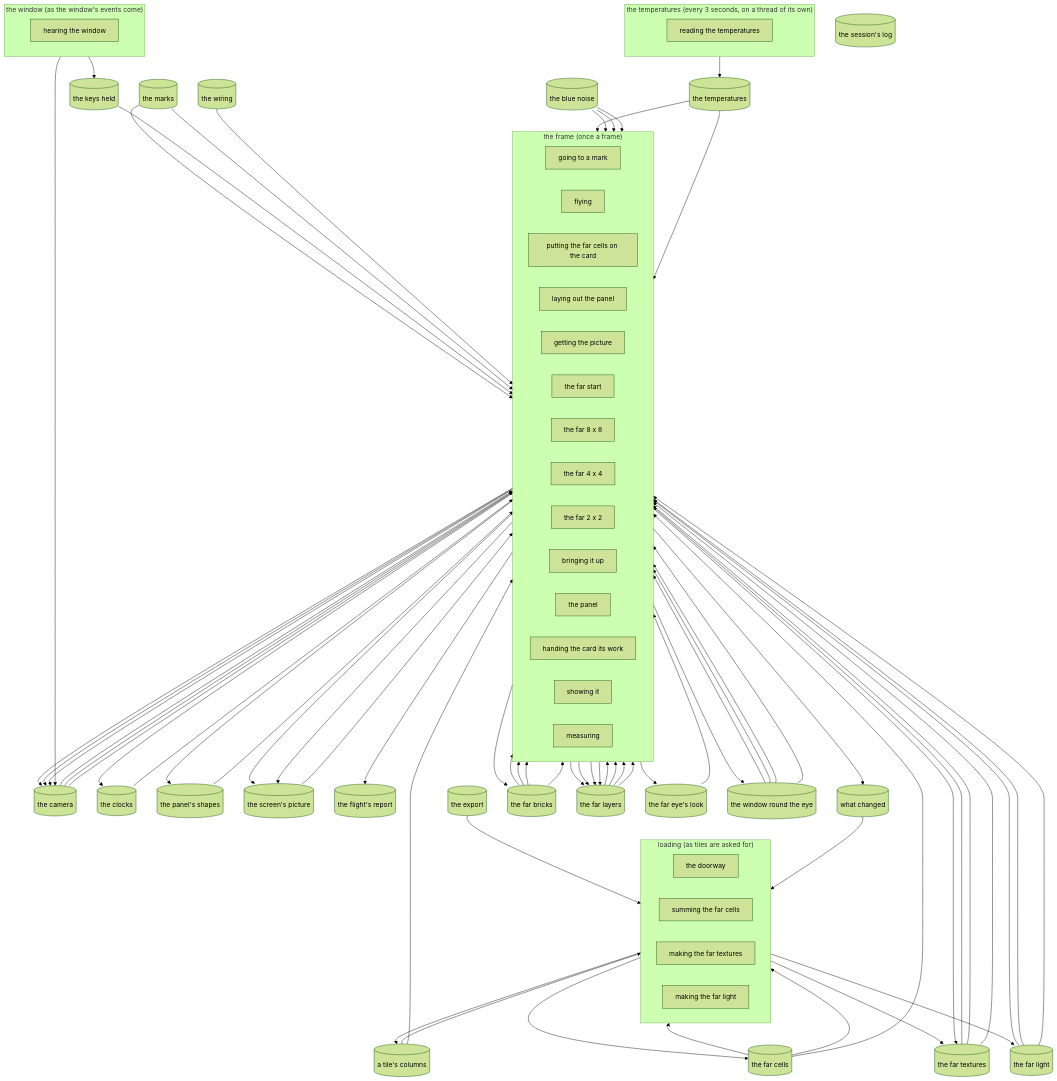
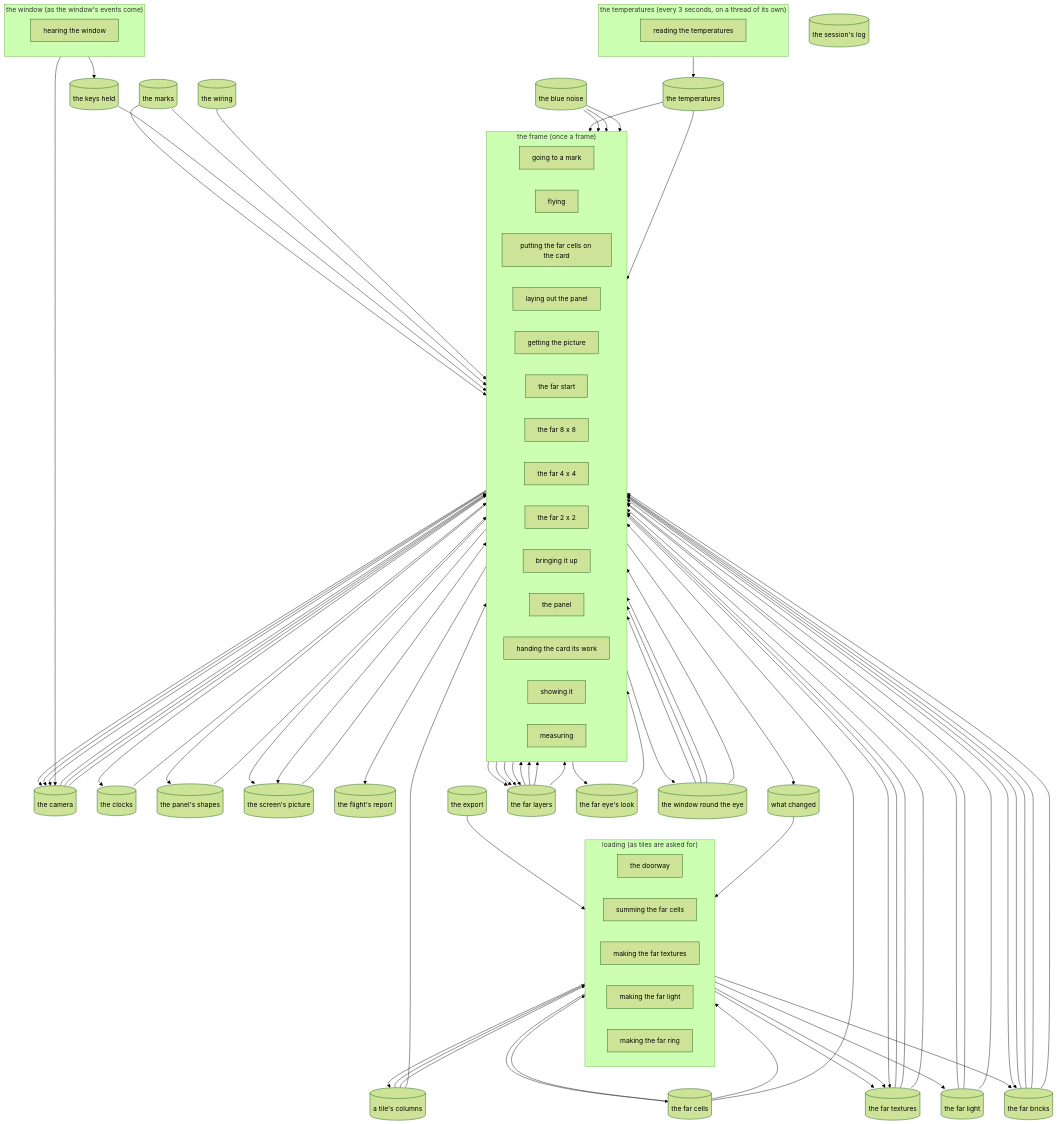
One commit to david138collins/incus-artus changed the diagram in master/map.md. Above: the diagram before and after it, drawn with Mermaid (forest theme). The commit also changed other lines of this file and 12 other files, not shown here.

````diff
--- a/master/map.md
+++ b/master/map.md
@@ -37,6 +37,7 @@
     pass_summing_the_far_cells["summing the far cells"]
     pass_making_the_far_textures["making the far textures"]
     pass_making_the_far_light["making the far light"]
+    pass_making_the_far_ring["making the far ring"]
   end
   subgraph lane_the_temperatures["the temperatures (every 3 seconds, on a thread of its own)"]
     direction LR
@@ -127,5 +128,8 @@
   pass_making_the_far_textures --> store_the_far_textures
   store_the_far_cells --> pass_making_the_far_light
   pass_making_the_far_light --> store_the_far_light
+  store_a_tile_s_columns --> pass_making_the_far_ring
+  pass_making_the_far_ring --> store_the_far_bricks
+  pass_making_the_far_ring --> store_the_far_textures
   pass_reading_the_temperatures --> store_the_temperatures
 ```
````
